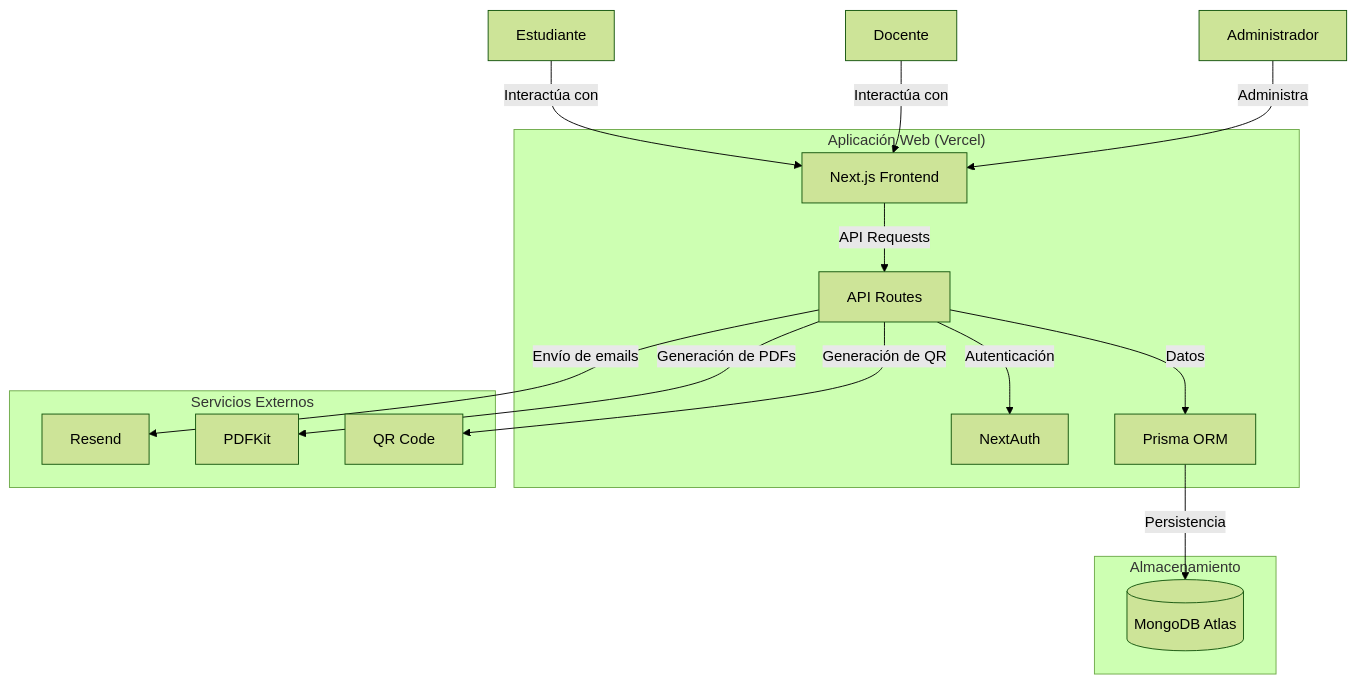
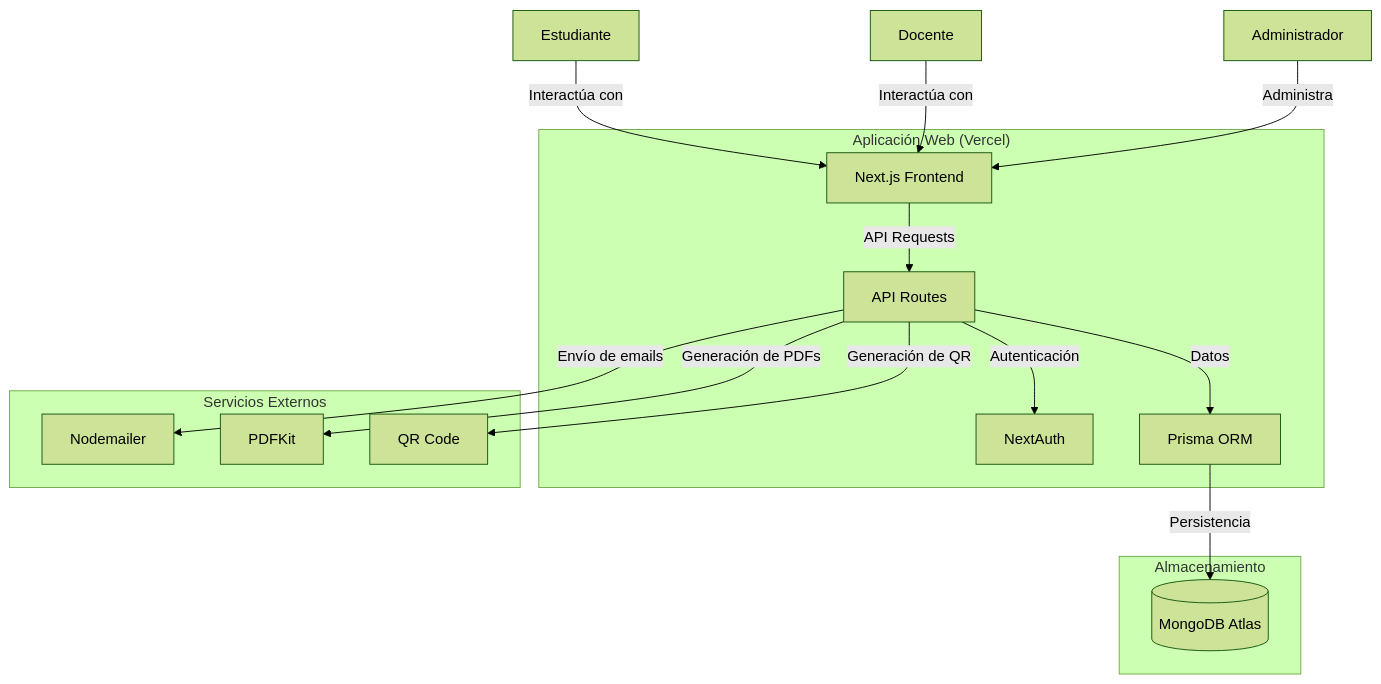
One commit to Manuekle/gestion-asistencias-docente changed the diagram in docs/architecture/05_CONTEXT_DIAGRAM.md. Above: the diagram before and after it, drawn with Mermaid (forest theme). The commit also changed other lines of this file and 19 other files, not shown here.

````diff
--- a/docs/architecture/05_CONTEXT_DIAGRAM.md
+++ b/docs/architecture/05_CONTEXT_DIAGRAM.md
@@ -3,36 +3,36 @@
 ```mermaid
 graph TD
     %% Usuarios del Sistema
     A[Estudiante] -->|Interactúa con| B(Interfaz Web)
     C[Docente] -->|Interactúa con| B
     D[Administrador] -->|Administra| B
     
     %% Interacciones principales
     B -->|API Requests| E{Servidor Next.js}
     E -->|Autenticación| F[NextAuth]
     E -->|Datos| G[Prisma ORM]
     G -->|Persistencia| H[(MongoDB Atlas)]
     
     %% Servicios Externos
-    E -->|Envío de emails| I[Resend]
+    E -->|Envío de emails| I[Nodemailer]
     E -->|Generación de PDFs| J[PDFKit]
     E -->|Generación de QR| K[QR Code]
     
     %% Subsistemas
     subgraph "Aplicación Web (Vercel)"
         B[Next.js Frontend]
         E[API Routes]
         F
         G
     end
     
     subgraph "Servicios Externos"
         I
         J
         K
     end
     
     subgraph "Almacenamiento"
         H
     end
 ```
````
